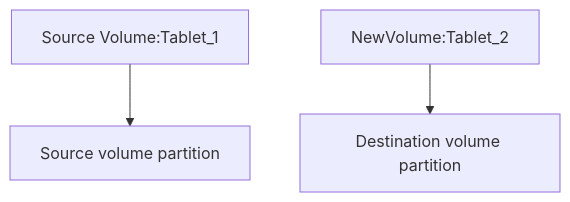
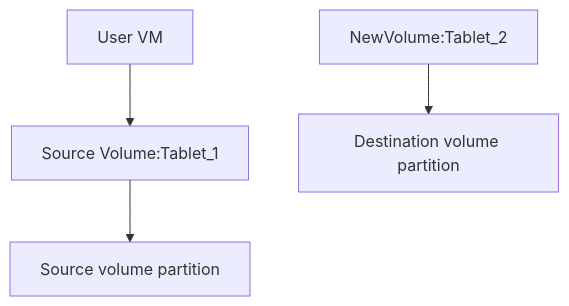
Before and after one commit to ydb-platform/nbs: the first of 4 diagrams in doc/blockstore/storage/changing-media-type.md, drawn with Mermaid. The commit also changed other lines of this file, not shown here.

````diff
--- a/doc/blockstore/storage/changing-media-type.md
+++ b/doc/blockstore/storage/changing-media-type.md
@@ -18,5 +19,6 @@
 ```mermaid
 flowchart TD
     A[Source Volume:Tablet_1]  --> B[Source volume partition]
     C[NewVolume:Tablet_2] --> D[Destination volume partition]
+    U[User VM] --> A
 ```
````
